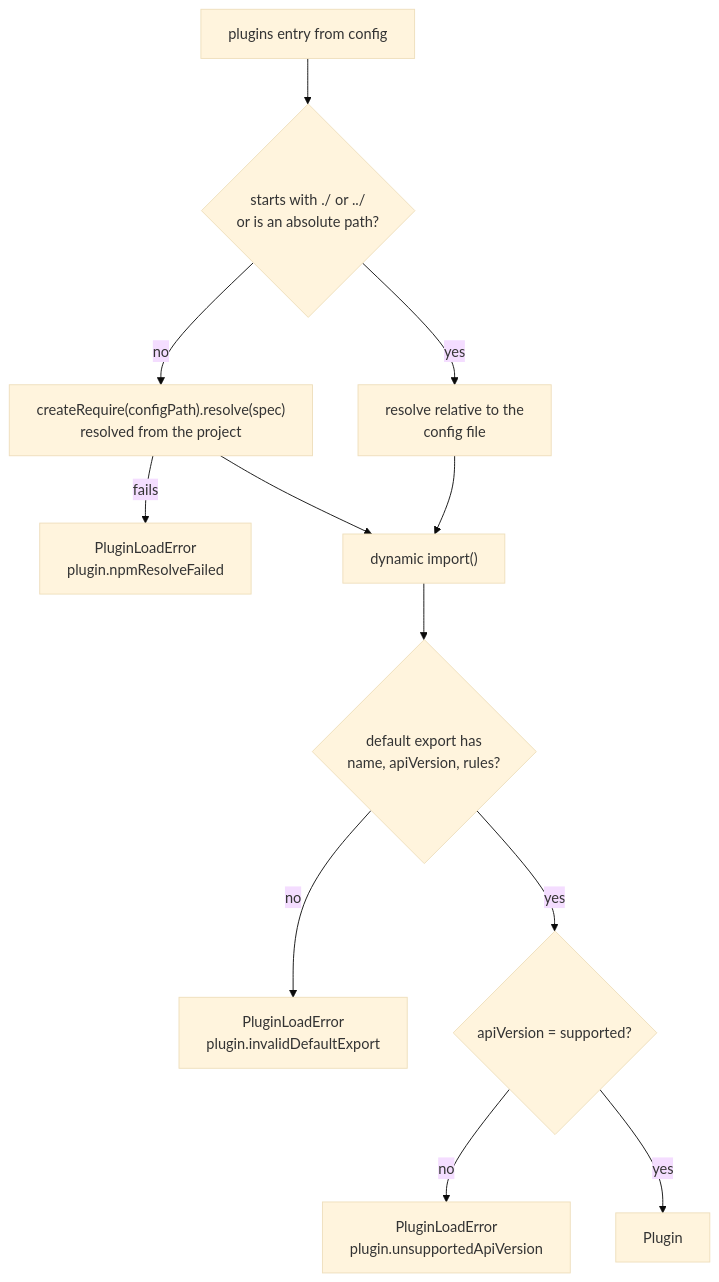
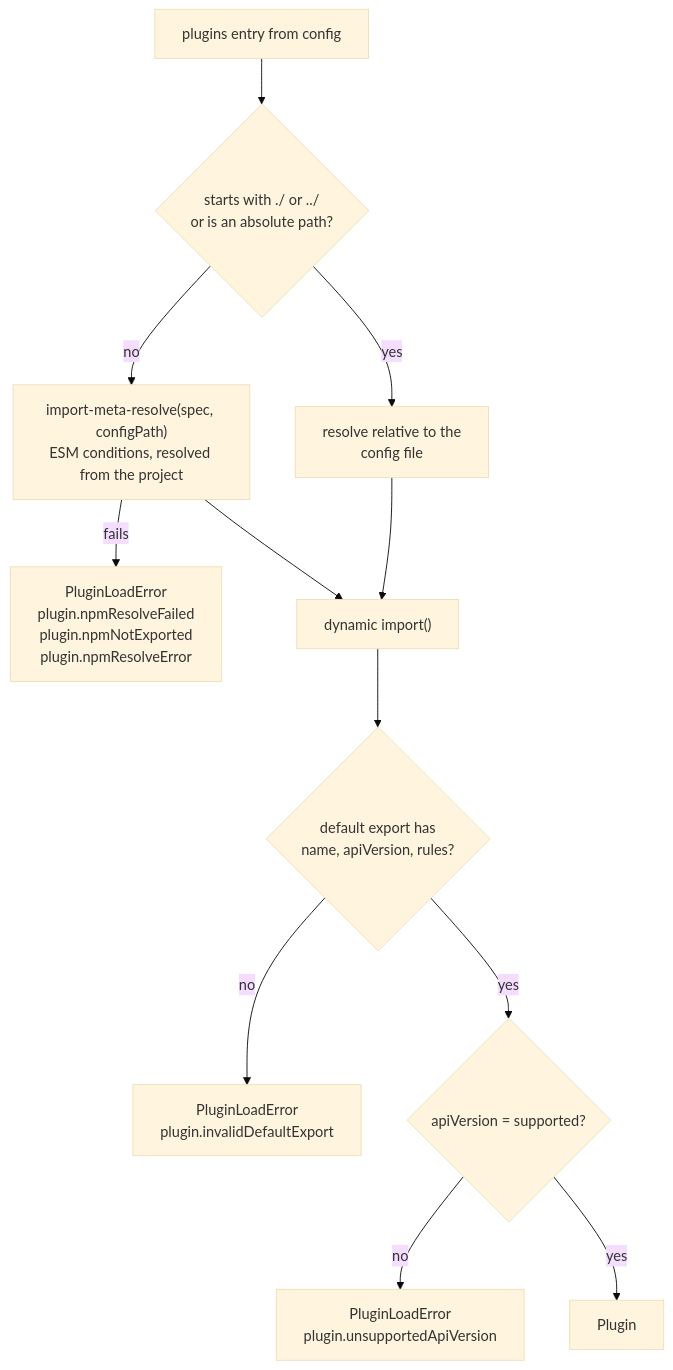
One commit to tobiashofmann/UI5-BlueprintAudit changed the first of 2 diagrams in docs/dev/plugins-and-locales.md. Above: the diagram before and after it, drawn with Mermaid (base theme). The commit also changed other lines of this file and 9 other files, not shown here.

First line of the commit message:
fix(plugins): resolve npm plugins with ESM conditions and load CommonJS plugins

````diff
--- a/docs/dev/plugins-and-locales.md
+++ b/docs/dev/plugins-and-locales.md
@@ -7,14 +7,14 @@
 ```mermaid
 flowchart TD
     spec["plugins entry from config"] --> local{"starts with ./ or ../<br/>or is an absolute path?"}
     local -->|yes| file["resolve relative to the<br/>config file"]
-    local -->|no| npm["createRequire(configPath).resolve(spec)<br/>resolved from the project"]
-    npm -->|fails| e1["PluginLoadError<br/>plugin.npmResolveFailed"]
+    local -->|no| npm["import-meta-resolve(spec, configPath)<br/>ESM conditions, resolved from the project"]
+    npm -->|fails| e1["PluginLoadError<br/>plugin.npmResolveFailed<br/>plugin.npmNotExported<br/>plugin.npmResolveError"]
     file --> imp["dynamic import()"]
     npm --> imp
     imp --> valid{"default export has<br/>name, apiVersion, rules?"}
     valid -->|no| e2["PluginLoadError<br/>plugin.invalidDefaultExport"]
     valid -->|yes| api{"apiVersion = supported?"}
     api -->|no| e3["PluginLoadError<br/>plugin.unsupportedApiVersion"]
     api -->|yes| ok["Plugin"]
 ```
````
